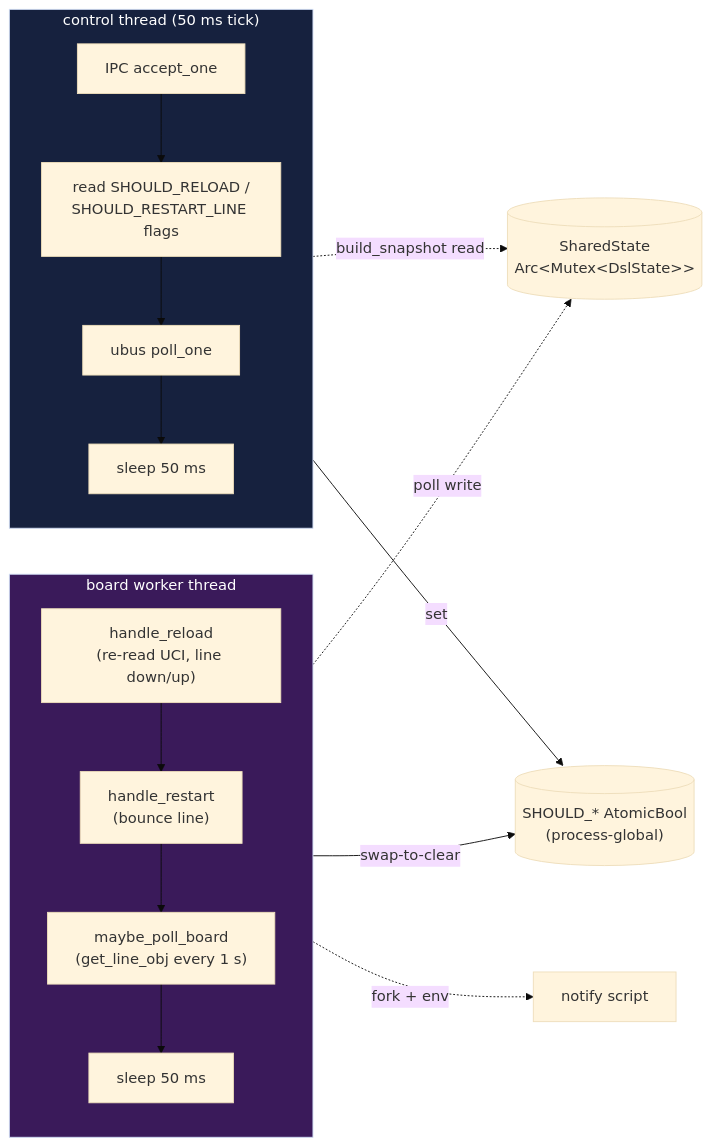
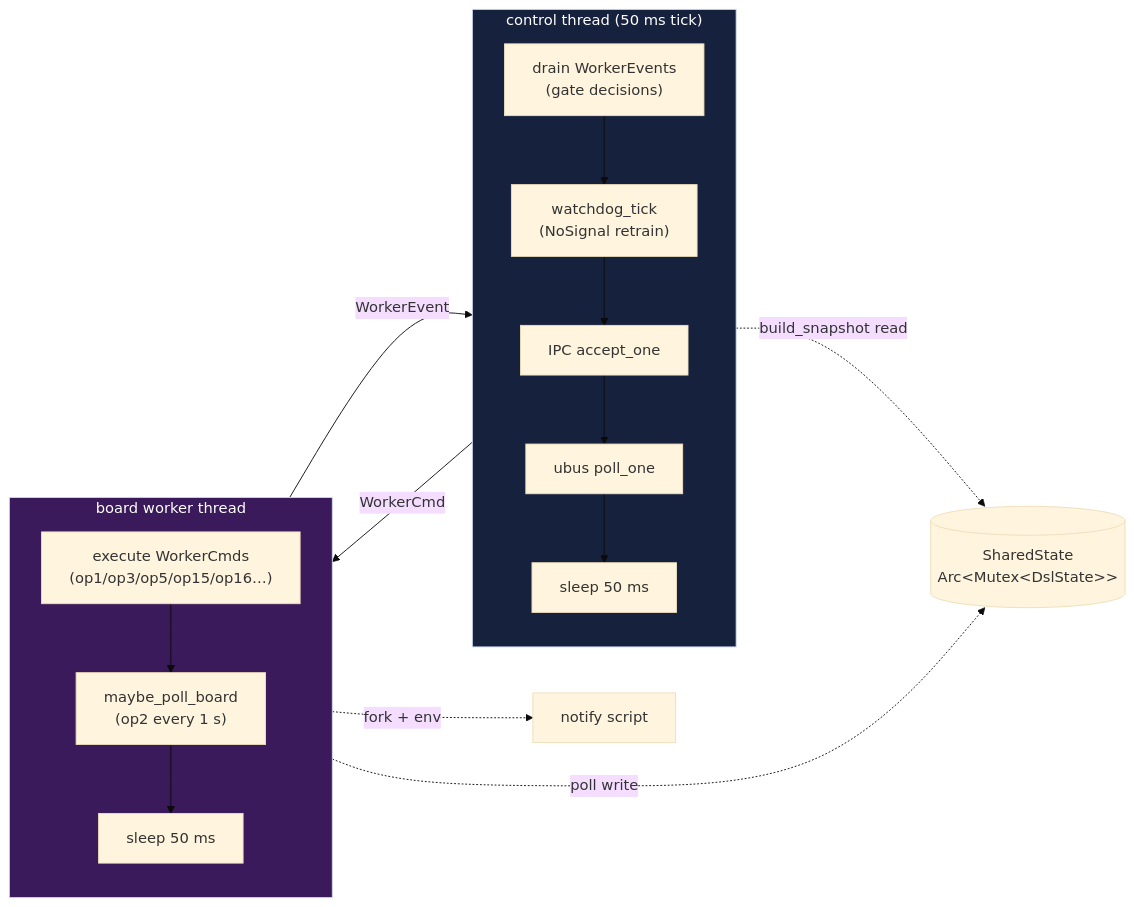
The fifth of 6 diagrams in docs/rbctl-dsl.md (hitech95/openwrt_tplink_vx830v_rbctrl-dsl), drawn with Mermaid (base theme) before and after one commit. The commit also changed other lines of this file and 10 other files, not shown here.

````diff
--- a/docs/rbctl-dsl.md
+++ b/docs/rbctl-dsl.md
@@ -289,30 +350,28 @@
 ```mermaid
 flowchart LR
     subgraph MAIN["control thread  (50 ms tick)"]
         direction TB
-        M1["IPC accept_one"]
-        M2["read SHOULD_RELOAD /<br/>SHOULD_RESTART_LINE flags"]
-        M3["ubus poll_one"]
-        M4["sleep 50 ms"]
-        M1 --> M2 --> M3 --> M4
+        M1["drain WorkerEvents<br/>(gate decisions)"]
+        M2["watchdog_tick<br/>(NoSignal retrain)"]
+        M3["IPC accept_one"]
+        M4["ubus poll_one"]
+        M5["sleep 50 ms"]
+        M1 --> M2 --> M3 --> M4 --> M5
     end
     subgraph WORKER["board worker thread"]
         direction TB
-        W1["handle_reload<br/>(re-read UCI, line down/up)"]
-        W2["handle_restart<br/>(bounce line)"]
-        W3["maybe_poll_board<br/>(get_line_obj every 1 s)"]
-        W4["sleep 50 ms"]
-        W1 --> W2 --> W3 --> W4
+        W1["execute WorkerCmds<br/>(op1/op3/op5/op15/op16…)"]
+        W2["maybe_poll_board<br/>(op2 every 1 s)"]
+        W3["sleep 50 ms"]
+        W1 --> W2 --> W3
     end
     STATE[("SharedState<br/>Arc&lt;Mutex&lt;DslState&gt;&gt;")]
-    FLAGS[("SHOULD_* AtomicBool<br/>(process-global)")]
-
+    MAIN -->|"WorkerCmd"| WORKER
+    WORKER -->|"WorkerEvent"| MAIN
     MAIN -.->|"build_snapshot read"| STATE
     WORKER -.->|"poll write"| STATE
-    MAIN -->|"set"| FLAGS
-    WORKER -->|"swap-to-clear"| FLAGS
     WORKER -.->|"fork + env"| HOTPLUG["notify script"]
 
     style MAIN fill:#16213e,color:#fff
     style WORKER fill:#3a1a5a,color:#fff
 ```
````
